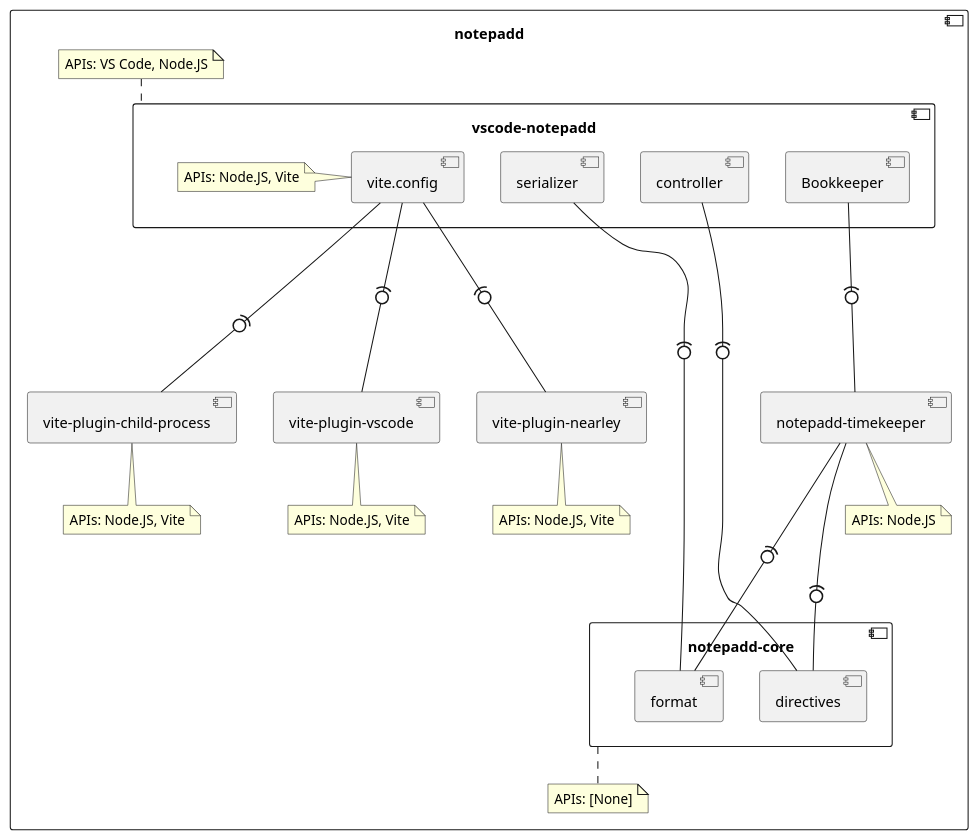
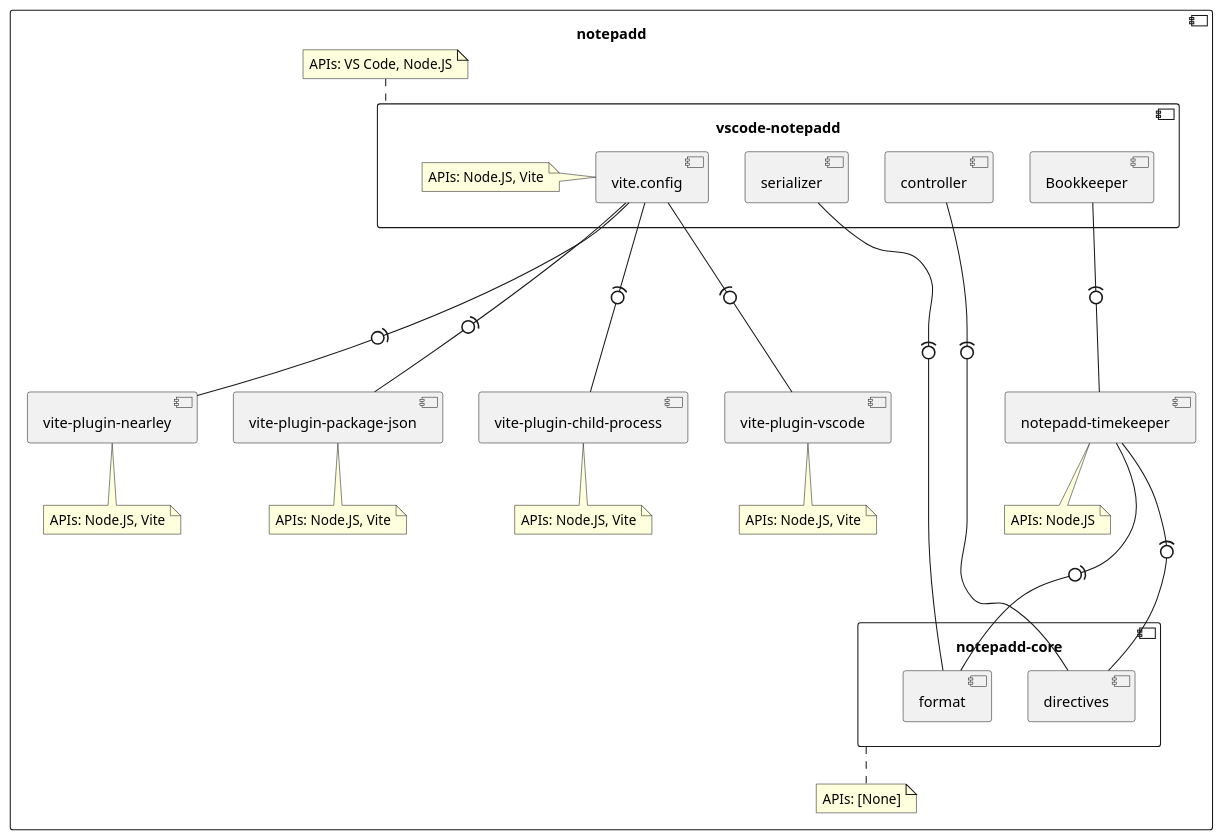
One commit to esdmr/notepadd changed the diagram in diagrams/packages.plantuml. Above: the diagram before and after it, drawn with PlantUML. The commit also changed 8 other files, not shown here.

Commit message:
chore(vite): split vscode into pkg.json and copy

```diff
--- a/diagrams/packages.plantuml
+++ b/diagrams/packages.plantuml
@@ -1,43 +1,47 @@
 @startuml packages
 
 component "notepadd" as np {
 	component "notepadd-core" as core {
 		component "format" as core_fmt
 		component "directives" as core_dir
 	}
 	note bottom of core: APIs: [None]
 
 	component "notepadd-timekeeper" as time
 	note bottom of time: APIs: Node.JS
 	time --(0-- core_fmt
 	time --(0-- core_dir
 
 	component "vite-plugin-child-process" as vpc
 	note bottom of vpc: APIs: Node.JS, Vite
 
 	component "vite-plugin-vscode" as vpv
 	note bottom of vpv: APIs: Node.JS, Vite
 
 	component "vite-plugin-nearley" as vpn
 	note bottom of vpn: APIs: Node.JS, Vite
 
+	component "vite-plugin-package-json" as vpp
+	note bottom of vpp: APIs: Node.JS, Vite
+
 	component "vscode-notepadd" as vsc {
 		component "vite.config" as vsc_vite
 		vsc_vite --(0-- vpc
 		vsc_vite --(0-- vpv
 		vsc_vite --(0-- vpn
+		vsc_vite --(0-- vpp
 		note left of vsc_vite: APIs: Node.JS, Vite
 
 		component "serializer" as vsc_serde
 		vsc_serde --(0-- core_fmt
 
 		component "controller" as vsc_ctrl
 		vsc_ctrl --(0-- core_dir
 
 		component "Bookkeeper" as vsc_book
 		vsc_book --(0-- time
 	}
 	note top of vsc: APIs: VS Code, Node.JS
 }
 
 @enduml
```
